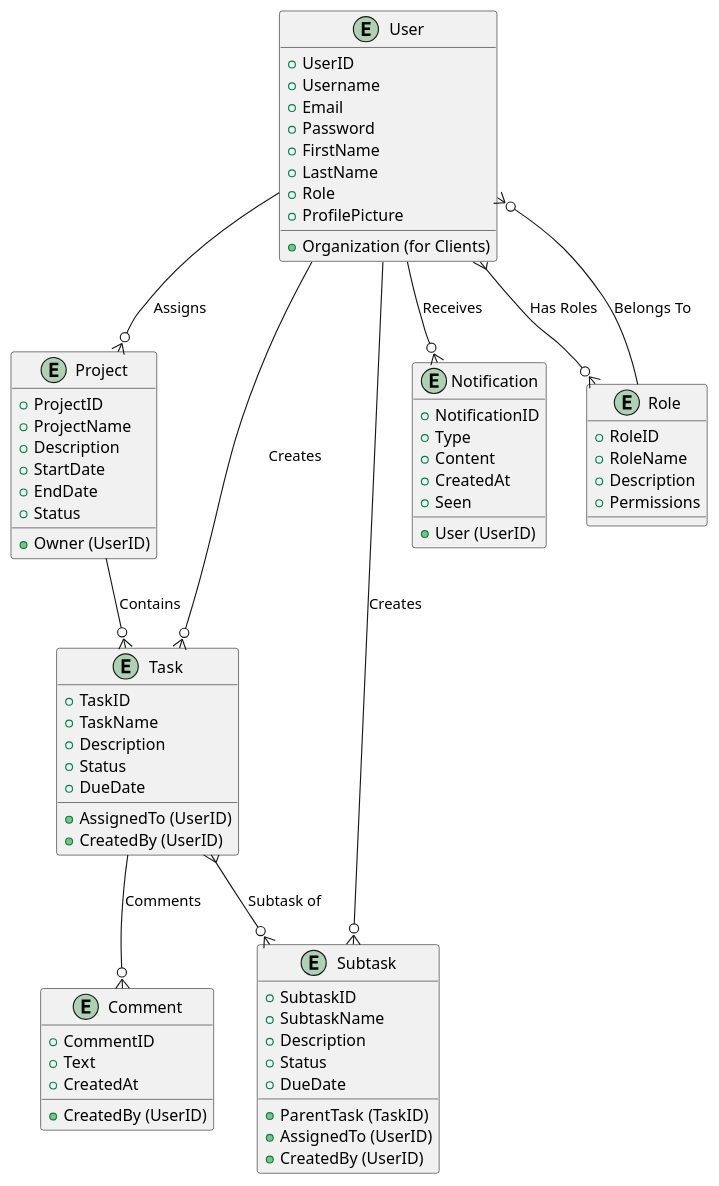
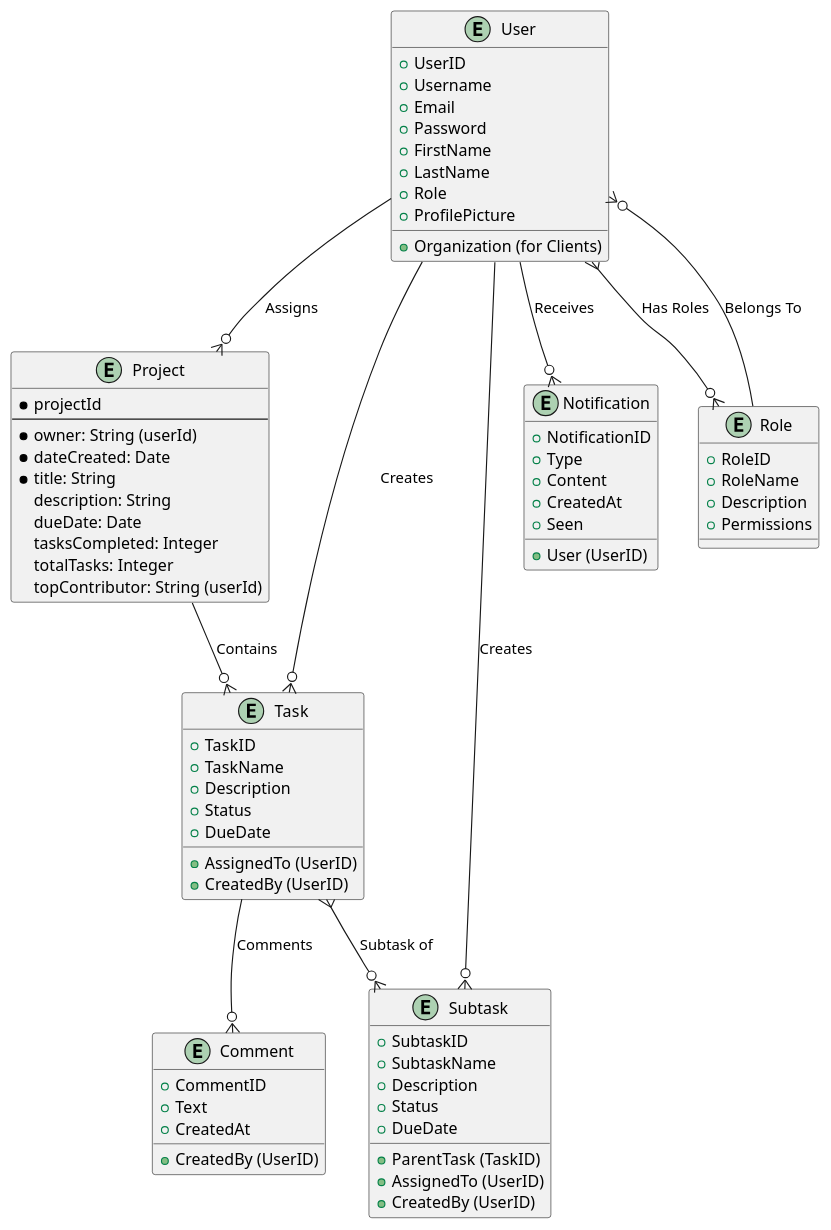
The diagram in Diagramming/project-management-system_erd.puml (gabeguio/project-buddy), drawn with PlantUML before and after one commit. The commit also changed 2 other files, not shown here.

Commit message:
Add css container after effects, and updated Project ERD table

```diff
--- a/Diagramming/project-management-system_erd.puml
+++ b/Diagramming/project-management-system_erd.puml
@@ -1,79 +1,82 @@
 @startuml
 
 entity Entity1 as "User" {
   +UserID
   +Username
   +Email
   +Password
   +FirstName
   +LastName
   +Role
   +Organization (for Clients)
   +ProfilePicture
 }
 
 entity Entity2 as "Project" {
-  +ProjectID
-  +ProjectName
-  +Description
-  +StartDate
-  +EndDate
-  +Status
-  +Owner (UserID)
+  *projectId
+  ---
+  *owner: String (userId)
+  *dateCreated: Date
+  *title: String
+  description: String
+  dueDate: Date
+  tasksCompleted: Integer
+  totalTasks: Integer
+  topContributor: String (userId)
 }
 
 entity Entity3 as "Task" {
   +TaskID
   +TaskName
   +Description
   +Status
   +DueDate
   +AssignedTo (UserID)
   +CreatedBy (UserID)
 }
 
 entity Entity4 as "Subtask" {
   +SubtaskID
   +SubtaskName
   +Description
   +Status
   +DueDate
   +ParentTask (TaskID)
   +AssignedTo (UserID)
   +CreatedBy (UserID)
 }
 
 entity Entity5 as "Comment" {
   +CommentID
   +Text
   +CreatedAt
   +CreatedBy (UserID)
 }
 
 entity Entity6 as "Notification" {
   +NotificationID
   +Type
   +Content
   +CreatedAt
   +User (UserID)
   +Seen
 }
 
 entity Entity7 as "Role" {
   +RoleID
   +RoleName
   +Description
   +Permissions
 }
 
 Entity1 --o{ Entity2 : Assigns
 Entity1 --o{ Entity3 : Creates
 Entity1 --o{ Entity4 : Creates
 Entity3 }--o{ Entity4 : Subtask of
 Entity2 --o{ Entity3 : Contains
 Entity3 --o{ Entity5 : Comments
 Entity1 --o{ Entity6 : Receives
 Entity1 }--o{ Entity7 : Has Roles
 Entity7 --o{ Entity1 : Belongs To
 
 @enduml
```
